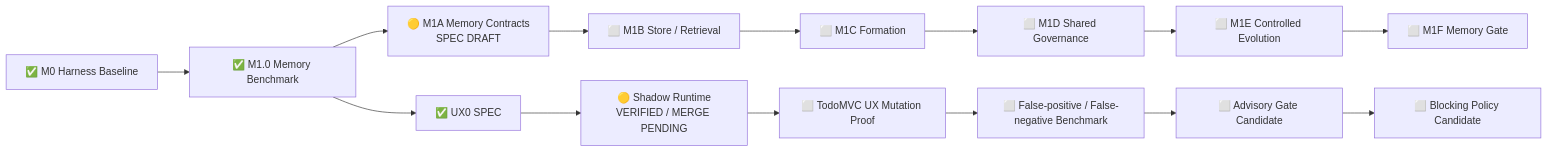
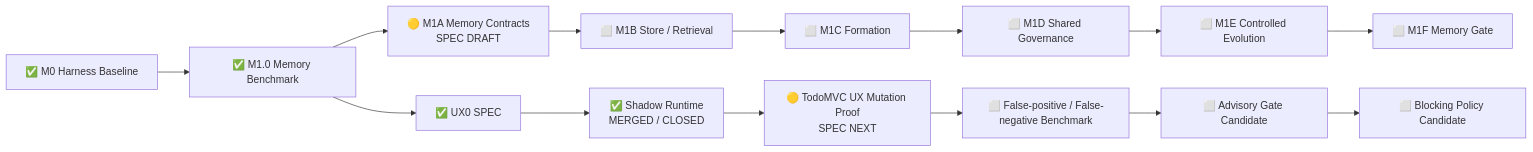
Before and after one commit to lsq1030757028/Pytest-playwright-e2e: the diagram in docs/implementation-status.md, drawn with Mermaid. The commit also changed other lines of this file and 6 other files, not shown here.

First line of the commit message:
Close UX0 Synthetic User Shadow Runtime delivery (#33)

````diff
--- a/docs/implementation-status.md
+++ b/docs/implementation-status.md
@@ -45,18 +42,18 @@
 ```mermaid
 flowchart LR
     A[✅ M0 Harness Baseline]
     --> B[✅ M1.0 Memory Benchmark]
     --> C[🟡 M1A Memory Contracts<br/>SPEC DRAFT]
     --> D[⬜ M1B Store / Retrieval]
     --> E[⬜ M1C Formation]
     --> F[⬜ M1D Shared Governance]
     --> G[⬜ M1E Controlled Evolution]
     --> H[⬜ M1F Memory Gate]
 
     B --> U1[✅ UX0 SPEC]
-    U1 --> U2[🟡 Shadow Runtime<br/>VERIFIED / MERGE PENDING]
-    U2 --> U3[⬜ TodoMVC UX Mutation Proof]
+    U1 --> U2[✅ Shadow Runtime<br/>MERGED / CLOSED]
+    U2 --> U3[🟡 TodoMVC UX Mutation Proof<br/>SPEC NEXT]
     U3 --> U4[⬜ False-positive / False-negative Benchmark]
     U4 --> U5[⬜ Advisory Gate Candidate]
     U5 --> U6[⬜ Blocking Policy Candidate]
 ```
````
